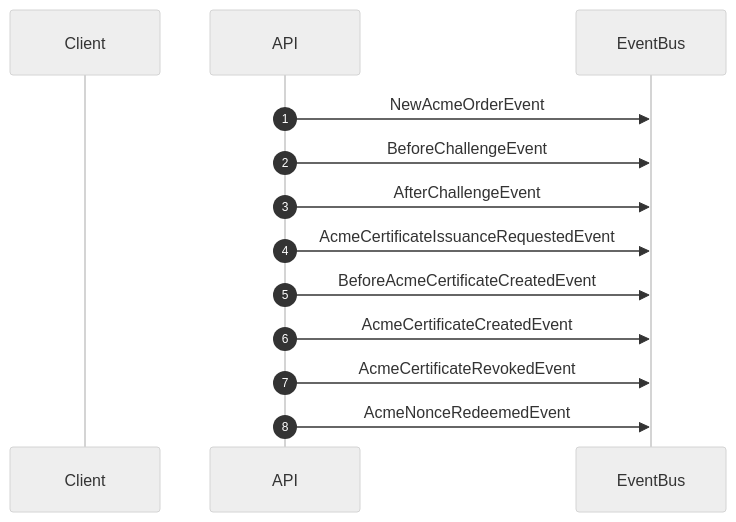
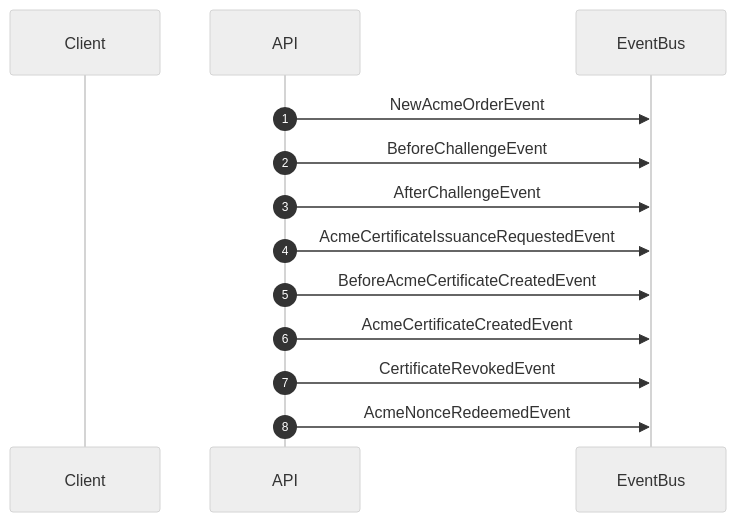
One commit to morihofi/acmeserver changed the second of 2 diagrams in docs/developer/EventFlow.md. Above: the diagram before and after it, drawn with Mermaid (neutral theme). The commit also changed 31 other files, not shown here.

````diff
--- a/docs/developer/EventFlow.md
+++ b/docs/developer/EventFlow.md
@@ -23,16 +23,16 @@
 ```mermaid
 sequenceDiagram
     autonumber
     participant Client
     participant API
     participant EventBus
 
     API->>EventBus: NewAcmeOrderEvent
     API->>EventBus: BeforeChallengeEvent
     API->>EventBus: AfterChallengeEvent
     API->>EventBus: AcmeCertificateIssuanceRequestedEvent
     API->>EventBus: BeforeAcmeCertificateCreatedEvent
     API->>EventBus: AcmeCertificateCreatedEvent
-    API->>EventBus: AcmeCertificateRevokedEvent
+     API->>EventBus: CertificateRevokedEvent
     API->>EventBus: AcmeNonceRedeemedEvent
 ```
````
